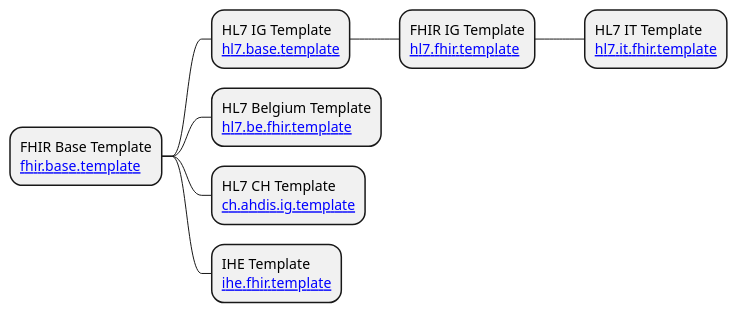
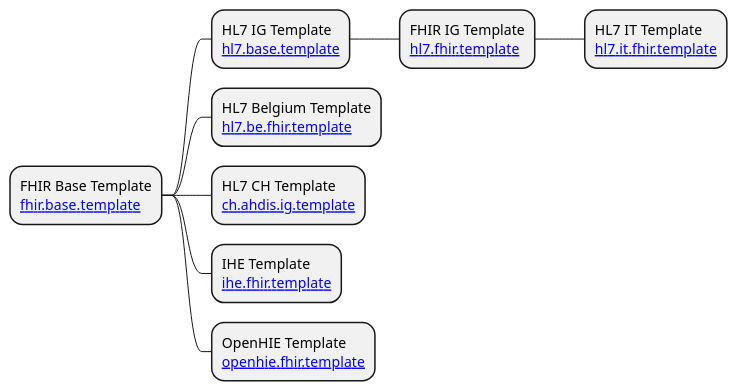
The diagram in templates.pu (costateixeira/ig_templates), drawn with PlantUML before and after one commit.

```diff
--- a/templates.pu
+++ b/templates.pu
@@ -1,11 +1,11 @@
 @startmindmap
 * FHIR Base Template\n[[https://github.com/HL7/ig-template-base{https://github.com/HL7/ig-template-base} fhir.base.template]]
 ** HL7 IG Template\n[[https://github.com/HL7/ig-template-hl7{https://github.com/HL7/ig-template-hl7} hl7.base.template]]
 *** FHIR IG Template\n[[https://github.com/HL7/ig-template-fhir{https://github.com/HL7/ig-template-fhir} hl7.fhir.template]]
 **** HL7 IT Template\n[[https://github.com/HL7/ig-template-fhir{} hl7.it.fhir.template]]
 '** FHIR Affiliate IG Template\n[[hl7.affiliates.fhir.template]]
 ** HL7 Belgium Template\n[[https://github.com/hl7-be/hl7.be.fhir.template{https://github.com/hl7-be/hl7.be.fhir.template} hl7.be.fhir.template]]
 ** HL7 CH Template\n[[https://github.com/ahdis/ig-template{https://github.com/ahdis/ig-template} ch.ahdis.ig.template]]
 ** IHE Template\n[[https://github.com/IHE/ihe-ig-template{https://github.com/IHE/ihe-ig-template} ihe.fhir.template]]
-'*** Belgian eHealth  Federal template
+** OpenHIE Template\n[[https://github.com/openhie/openhie-ig-template{https://github.com/openhie/openhie-ig-template} openhie.fhir.template]]
 @endmindmap 
```
